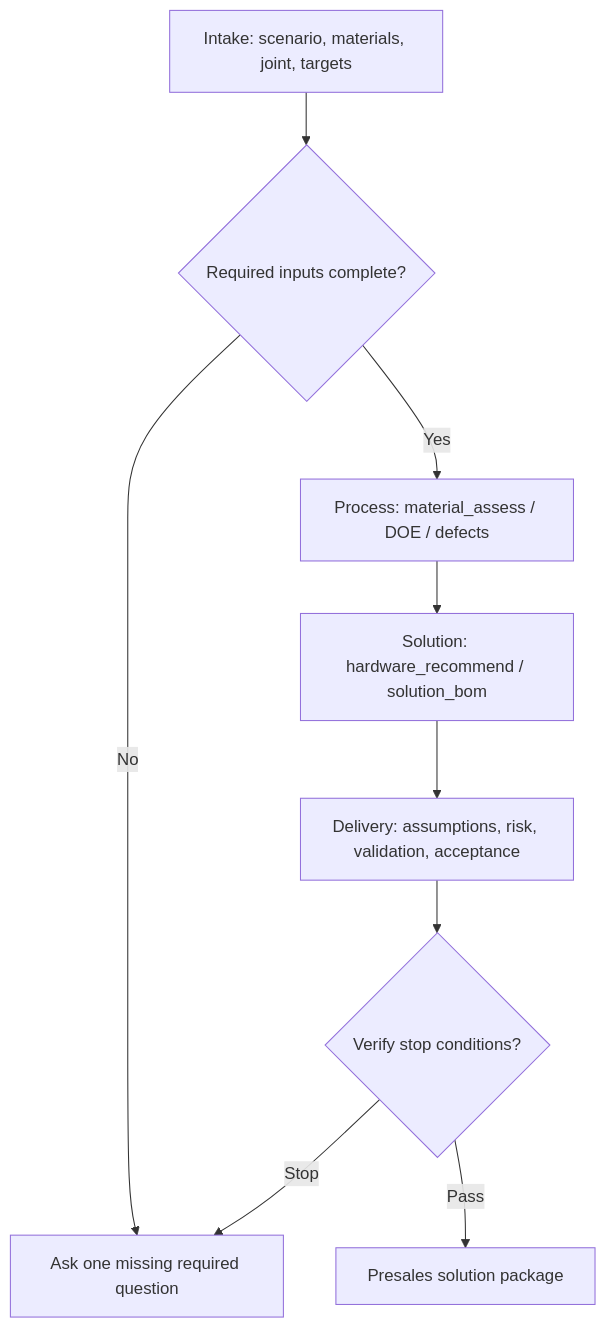
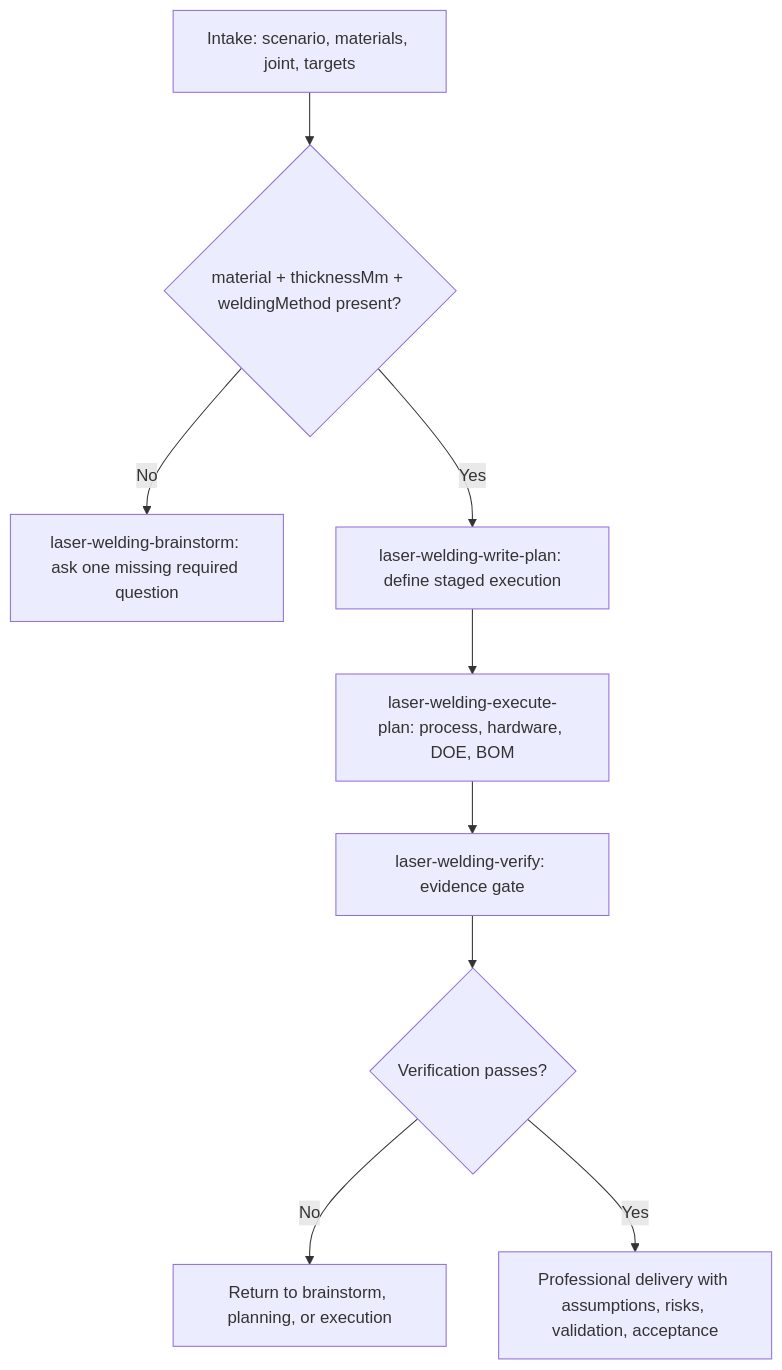
The diagram in skills/laser-welding/SKILL.md (ethermeta-org/SKILLS), drawn with Mermaid before and after one commit. The commit also changed other lines of this file and 34 other files, not shown here.

````diff
--- a/skills/laser-welding/SKILL.md
+++ b/skills/laser-welding/SKILL.md
@@ -43,11 +49,11 @@
 ```mermaid
 flowchart TD
-  A["Intake: scenario, materials, joint, targets"] --> B{"Required inputs complete?"}
-  B -- "No" --> C["Ask one missing required question"]
-  B -- "Yes" --> D["Process: material_assess / DOE / defects"]
-  D --> E["Solution: hardware_recommend / solution_bom"]
-  E --> F["Delivery: assumptions, risk, validation, acceptance"]
-  F --> G{"Verify stop conditions?"}
-  G -- "Stop" --> C
-  G -- "Pass" --> H["Presales solution package"]
+  A["Intake: scenario, materials, joint, targets"] --> B{"material + thicknessMm + weldingMethod present?"}
+  B -- "No" --> C["laser-welding-brainstorm: ask one missing required question"]
+  B -- "Yes" --> D["laser-welding-write-plan: define staged execution"]
+  D --> E["laser-welding-execute-plan: process, hardware, DOE, BOM"]
+  E --> F["laser-welding-verify: evidence gate"]
+  F --> G{"Verification passes?"}
+  G -- "No" --> H["Return to brainstorm, planning, or execution"]
+  G -- "Yes" --> I["Professional delivery with assumptions, risks, validation, acceptance"]
 ```
````
